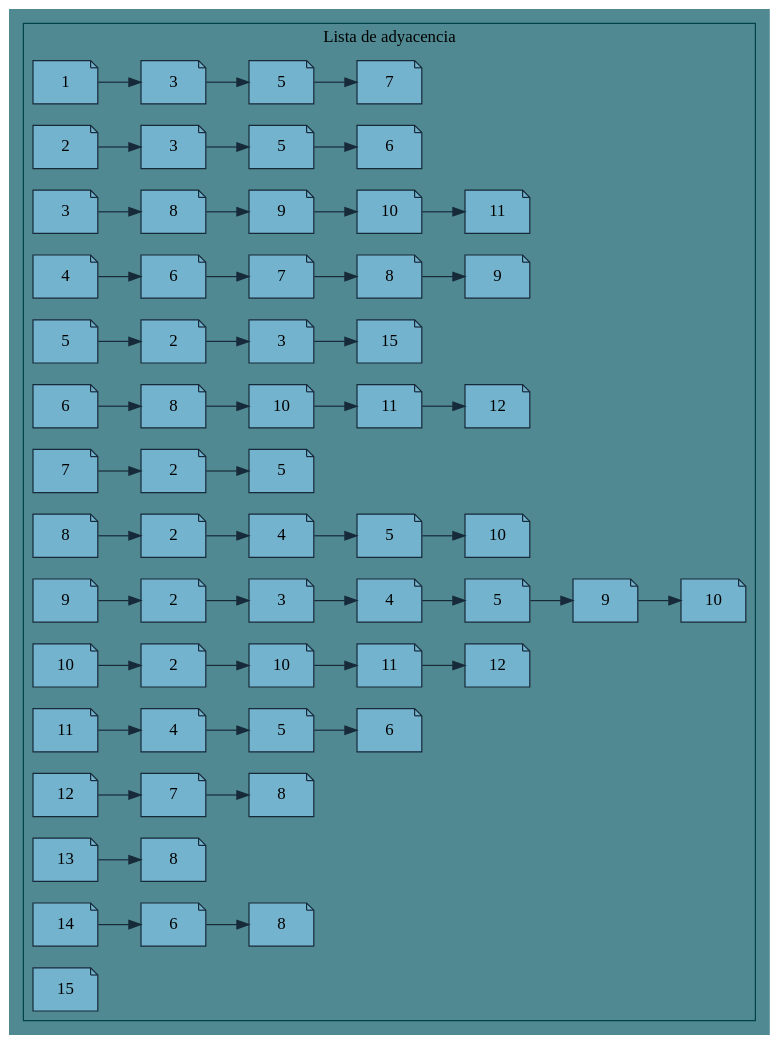
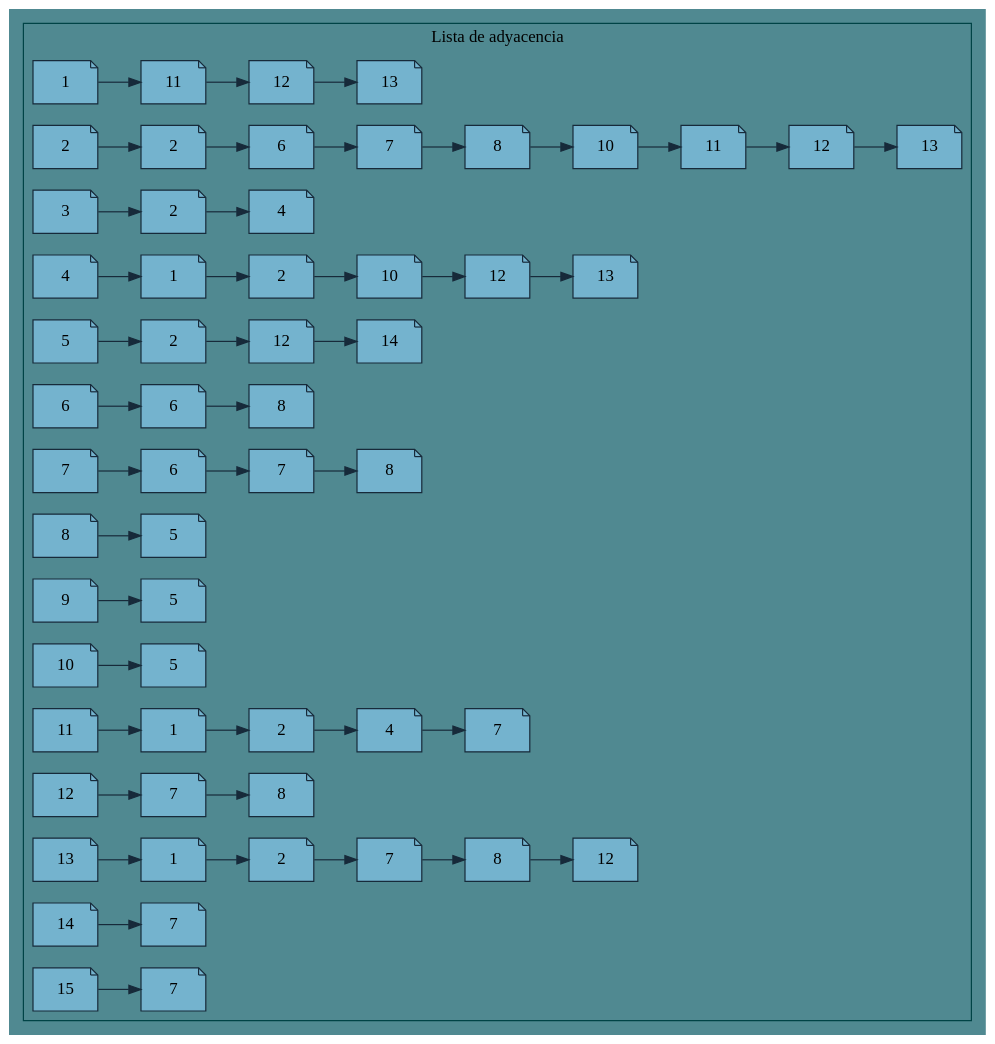
Before and after one commit to Desconocido502/-EDD_2S-BatallaNaval_201902502: the diagram in Fase 3/Cliente/EDDimg/ListaAdyacencia.dot, drawn with Graphviz. The commit also changed 15 other files, not shown here.

```diff
--- a/Fase 3/Cliente/EDDimg/ListaAdyacencia.dot
+++ b/Fase 3/Cliente/EDDimg/ListaAdyacencia.dot
@@ -1,92 +1,89 @@
 
         digraph G {
             rankdir=LR
             compound = true;
             labelloc="t";
             bgcolor = "#508991";
             fontcolor = Black;
             color = "#004346"
 
         subgraph cluster_0 {
             node [style=filled,shape=note,fillcolor="#74b3ce",color = "#172A3A"];
             label = "Lista de adyacencia"
         
 			 n1[label ="1"]
-			 n3_1[label ="3"]
-			 n5_1[label ="5"]
-			 n7_1[label ="7"]
+			 n11_1[label ="11"]
+			 n12_1[label ="12"]
+			 n13_1[label ="13"]
 			 n2[label ="2"]
-			 n3_2[label ="3"]
-			 n5_2[label ="5"]
+			 n2_2[label ="2"]
 			 n6_2[label ="6"]
+			 n7_2[label ="7"]
+			 n8_2[label ="8"]
+			 n10_2[label ="10"]
+			 n11_2[label ="11"]
+			 n12_2[label ="12"]
+			 n13_2[label ="13"]
 			 n3[label ="3"]
-			 n8_3[label ="8"]
-			 n9_3[label ="9"]
-			 n10_3[label ="10"]
-			 n11_3[label ="11"]
+			 n2_3[label ="2"]
+			 n4_3[label ="4"]
 			 n4[label ="4"]
-			 n6_4[label ="6"]
-			 n7_4[label ="7"]
-			 n8_4[label ="8"]
-			 n9_4[label ="9"]
+			 n1_4[label ="1"]
+			 n2_4[label ="2"]
+			 n10_4[label ="10"]
+			 n12_4[label ="12"]
+			 n13_4[label ="13"]
 			 n5[label ="5"]
 			 n2_5[label ="2"]
-			 n3_5[label ="3"]
-			 n15_5[label ="15"]
+			 n12_5[label ="12"]
+			 n14_5[label ="14"]
 			 n6[label ="6"]
+			 n6_6[label ="6"]
 			 n8_6[label ="8"]
-			 n10_6[label ="10"]
-			 n11_6[label ="11"]
-			 n12_6[label ="12"]
 			 n7[label ="7"]
-			 n2_7[label ="2"]
-			 n5_7[label ="5"]
+			 n6_7[label ="6"]
+			 n7_7[label ="7"]
+			 n8_7[label ="8"]
 			 n8[label ="8"]
-			 n2_8[label ="2"]
-			 n4_8[label ="4"]
 			 n5_8[label ="5"]
-			 n10_8[label ="10"]
 			 n9[label ="9"]
-			 n2_9[label ="2"]
-			 n3_9[label ="3"]
-			 n4_9[label ="4"]
 			 n5_9[label ="5"]
-			 n9_9[label ="9"]
-			 n10_9[label ="10"]
 			 n10[label ="10"]
-			 n2_10[label ="2"]
-			 n10_10[label ="10"]
-			 n11_10[label ="11"]
-			 n12_10[label ="12"]
+			 n5_10[label ="5"]
 			 n11[label ="11"]
+			 n1_11[label ="1"]
+			 n2_11[label ="2"]
 			 n4_11[label ="4"]
-			 n5_11[label ="5"]
-			 n6_11[label ="6"]
+			 n7_11[label ="7"]
 			 n12[label ="12"]
 			 n7_12[label ="7"]
 			 n8_12[label ="8"]
 			 n13[label ="13"]
+			 n1_13[label ="1"]
+			 n2_13[label ="2"]
+			 n7_13[label ="7"]
 			 n8_13[label ="8"]
+			 n12_13[label ="12"]
 			 n14[label ="14"]
-			 n6_14[label ="6"]
-			 n8_14[label ="8"]
-n15[label ="15"]
+			 n7_14[label ="7"]
+			 n15[label ="15"]
+			 n7_15[label ="7"]
 
-			 n1->n3_1->n5_1->n7_1[color = "#172A3A"];
-			 n2->n3_2->n5_2->n6_2[color = "#172A3A"];
-			 n3->n8_3->n9_3->n10_3->n11_3[color = "#172A3A"];
-			 n4->n6_4->n7_4->n8_4->n9_4[color = "#172A3A"];
-			 n5->n2_5->n3_5->n15_5[color = "#172A3A"];
-			 n6->n8_6->n10_6->n11_6->n12_6[color = "#172A3A"];
-			 n7->n2_7->n5_7[color = "#172A3A"];
-			 n8->n2_8->n4_8->n5_8->n10_8[color = "#172A3A"];
-			 n9->n2_9->n3_9->n4_9->n5_9->n9_9->n10_9[color = "#172A3A"];
-			 n10->n2_10->n10_10->n11_10->n12_10[color = "#172A3A"];
-			 n11->n4_11->n5_11->n6_11[color = "#172A3A"];
+			 n1->n11_1->n12_1->n13_1[color = "#172A3A"];
+			 n2->n2_2->n6_2->n7_2->n8_2->n10_2->n11_2->n12_2->n13_2[color = "#172A3A"];
+			 n3->n2_3->n4_3[color = "#172A3A"];
+			 n4->n1_4->n2_4->n10_4->n12_4->n13_4[color = "#172A3A"];
+			 n5->n2_5->n12_5->n14_5[color = "#172A3A"];
+			 n6->n6_6->n8_6[color = "#172A3A"];
+			 n7->n6_7->n7_7->n8_7[color = "#172A3A"];
+			 n8->n5_8[color = "#172A3A"];
+			 n9->n5_9[color = "#172A3A"];
+			 n10->n5_10[color = "#172A3A"];
+			 n11->n1_11->n2_11->n4_11->n7_11[color = "#172A3A"];
 			 n12->n7_12->n8_12[color = "#172A3A"];
-			 n13->n8_13[color = "#172A3A"];
-			 n14->n6_14->n8_14[color = "#172A3A"];
-n15
+			 n13->n1_13->n2_13->n7_13->n8_13->n12_13[color = "#172A3A"];
+			 n14->n7_14[color = "#172A3A"];
+			 n15->n7_15[color = "#172A3A"];
 
  } 
  }
```
